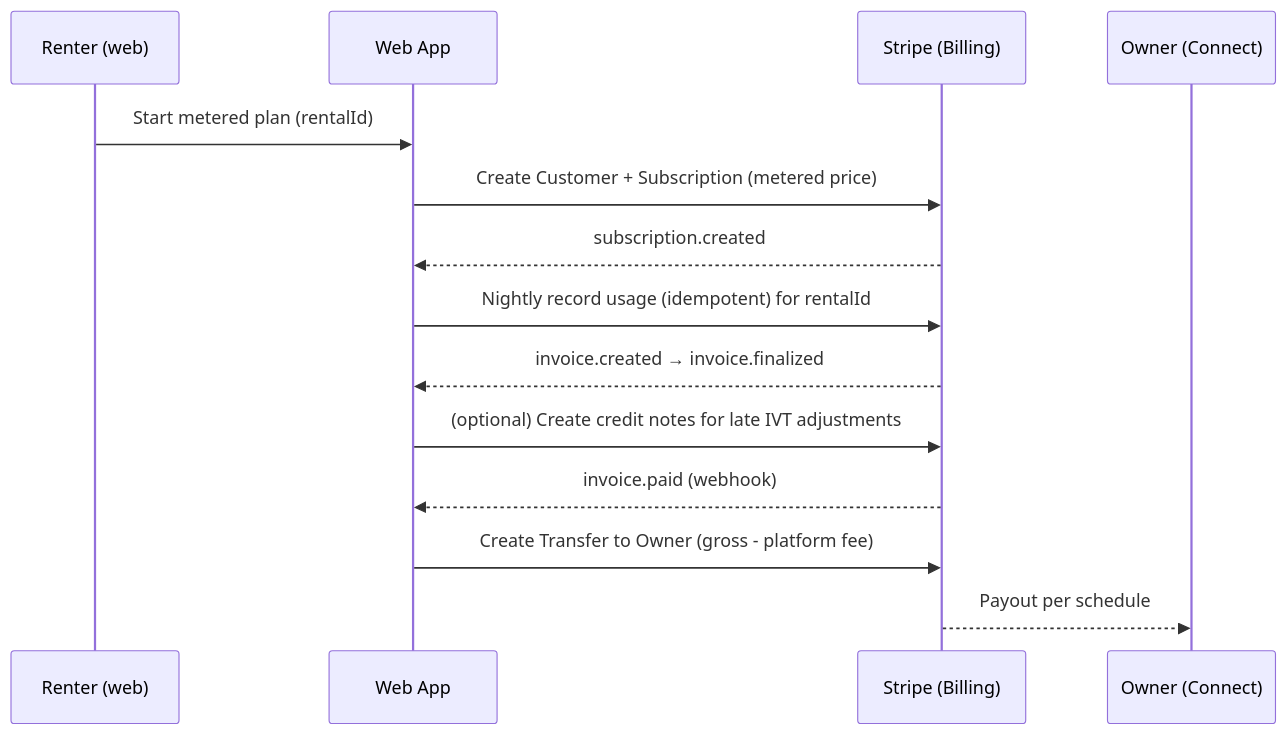
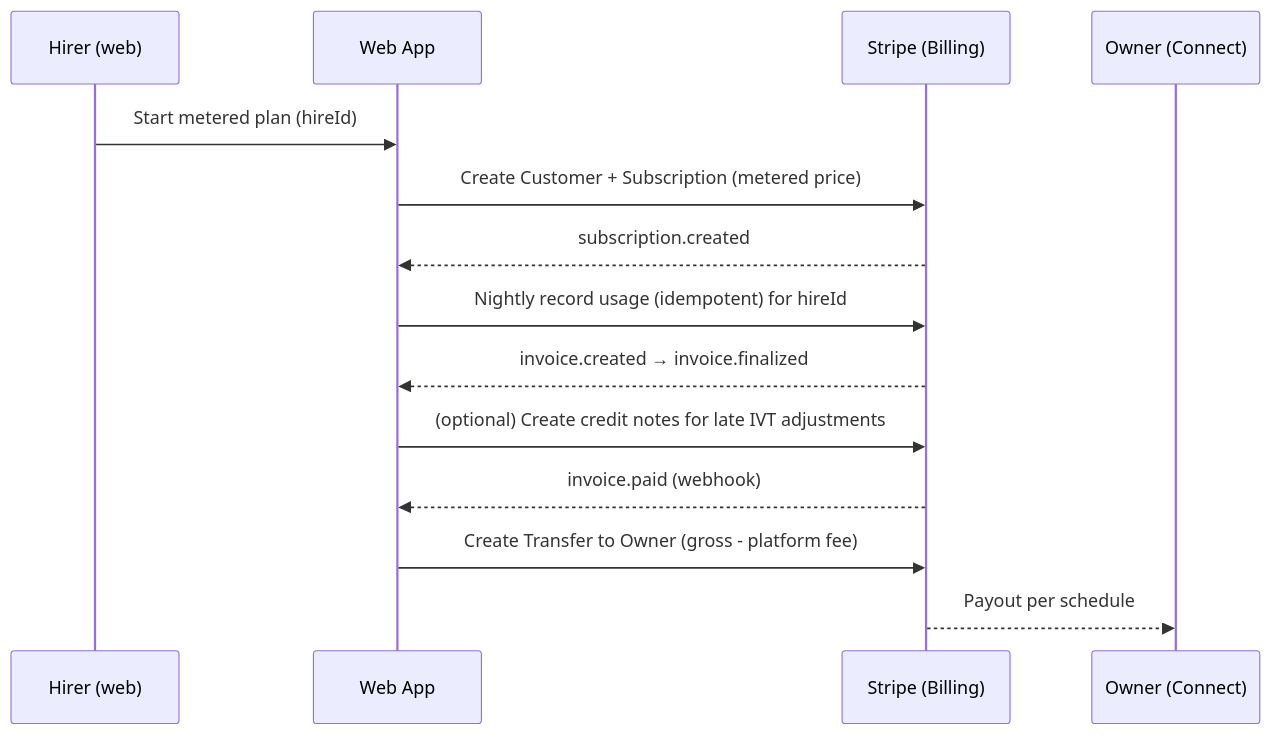
The second of 2 diagrams in apps/domainmarketplace/docs/payments/stripe-connect-flows.md (stevejford/anytimereview), drawn with Mermaid before and after one commit. The commit also changed other lines of this file and 214 other files, not shown here.

Commit message:
refactor: implement verification comments - fix redirector schema, billing date type, UI terminology, and docs

````diff
--- a/apps/domainmarketplace/docs/payments/stripe-connect-flows.md
+++ b/apps/domainmarketplace/docs/payments/stripe-connect-flows.md
@@ -42,17 +42,17 @@
 ```mermaid
 sequenceDiagram
-participant R as Renter (web)
+participant R as Hirer (web)
 participant W as Web App
 participant S as Stripe (Billing)
 participant O as Owner (Connect)
 
-R->>W: Start metered plan (rentalId)
+R->>W: Start metered plan (hireId)
 W->>S: Create Customer + Subscription (metered price)
 S-->>W: subscription.created
-W->>S: Nightly record usage (idempotent) for rentalId
+W->>S: Nightly record usage (idempotent) for hireId
 S-->>W: invoice.created → invoice.finalized
 W->>S: (optional) Create credit notes for late IVT adjustments
 S-->>W: invoice.paid (webhook)
 W->>S: Create Transfer to Owner (gross - platform fee)
 S-->>O: Payout per schedule
 ```
````
